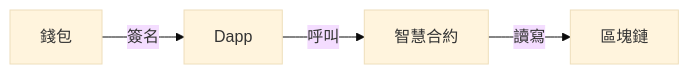
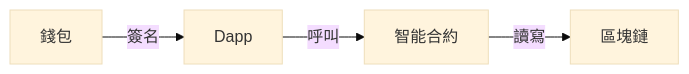
The first of 2 diagrams in docs/zh-TW/part1/blockchain-basic.md (ethpanda-org/Web3-Internship-Handbook), drawn with Mermaid (base theme) before and after one commit. The commit also changed other lines of this file and 24 other files, not shown here.

````diff
--- a/docs/zh-TW/part1/blockchain-basic.md
+++ b/docs/zh-TW/part1/blockchain-basic.md
@@ -275,7 +275,7 @@
   ```mermaid
   flowchart LR
       錢包 -->|簽名| Dapp
-      Dapp -->|呼叫| 智慧合約
-      智慧合約 -->|讀寫| 區塊鏈
+      Dapp -->|呼叫| 智能合約
+      智能合約 -->|讀寫| 區塊鏈
 
   ```
````
